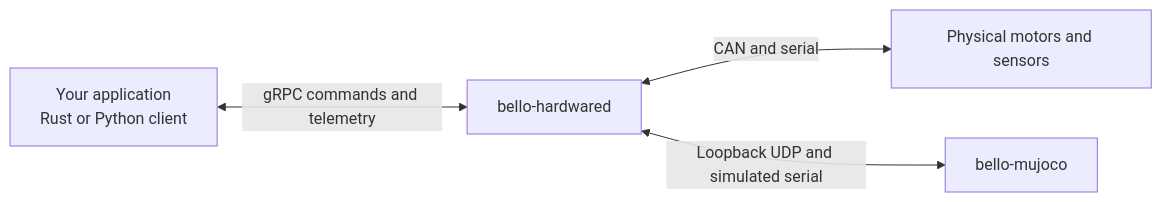
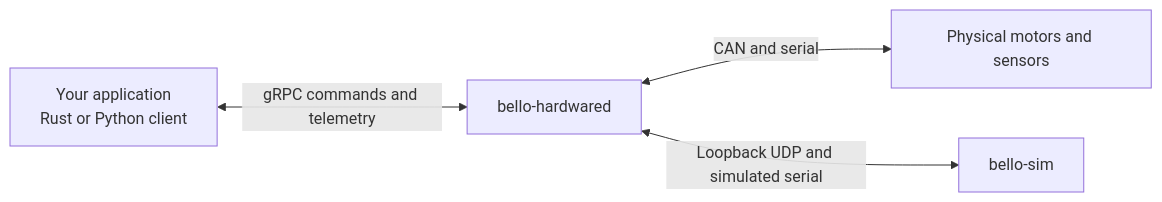
Before and after one commit to MotomindKR/bello-stack: the diagram in README.md, drawn with Mermaid. The commit also changed other lines of this file and 51 other files, not shown here.

First line of the commit message:
Publish simulator-owned serial ports and rename the runtime to bello-sim (#62)

````diff
--- a/README.md
+++ b/README.md
@@ -7,6 +7,6 @@
 ```mermaid
 flowchart LR
     app["Your application<br/>Rust or Python client"] <-->|"gRPC commands and telemetry"| daemon["bello-hardwared"]
     daemon <-->|"CAN and serial"| robot["Physical motors and sensors"]
-    daemon <-->|"Loopback UDP and simulated serial"| sim["bello-mujoco"]
+    daemon <-->|"Loopback UDP and simulated serial"| sim["bello-sim"]
 ```
````
